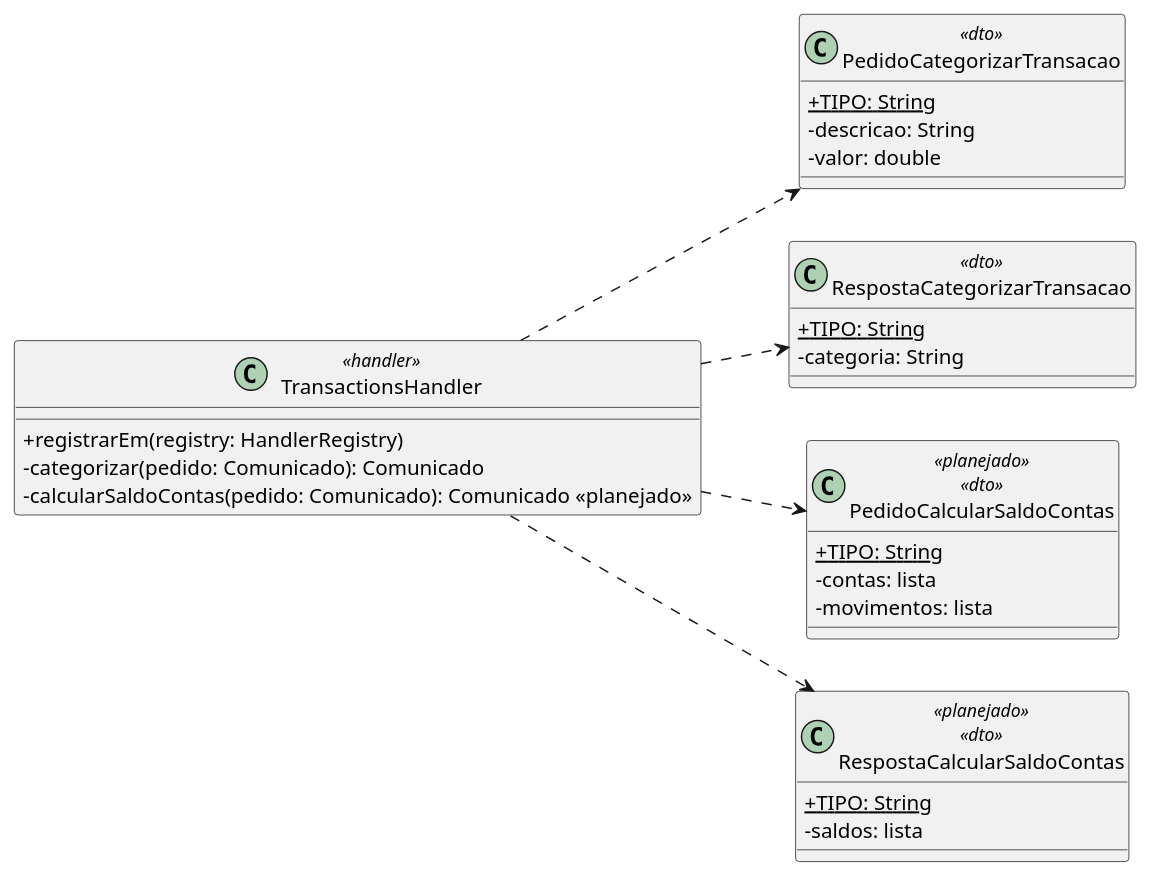
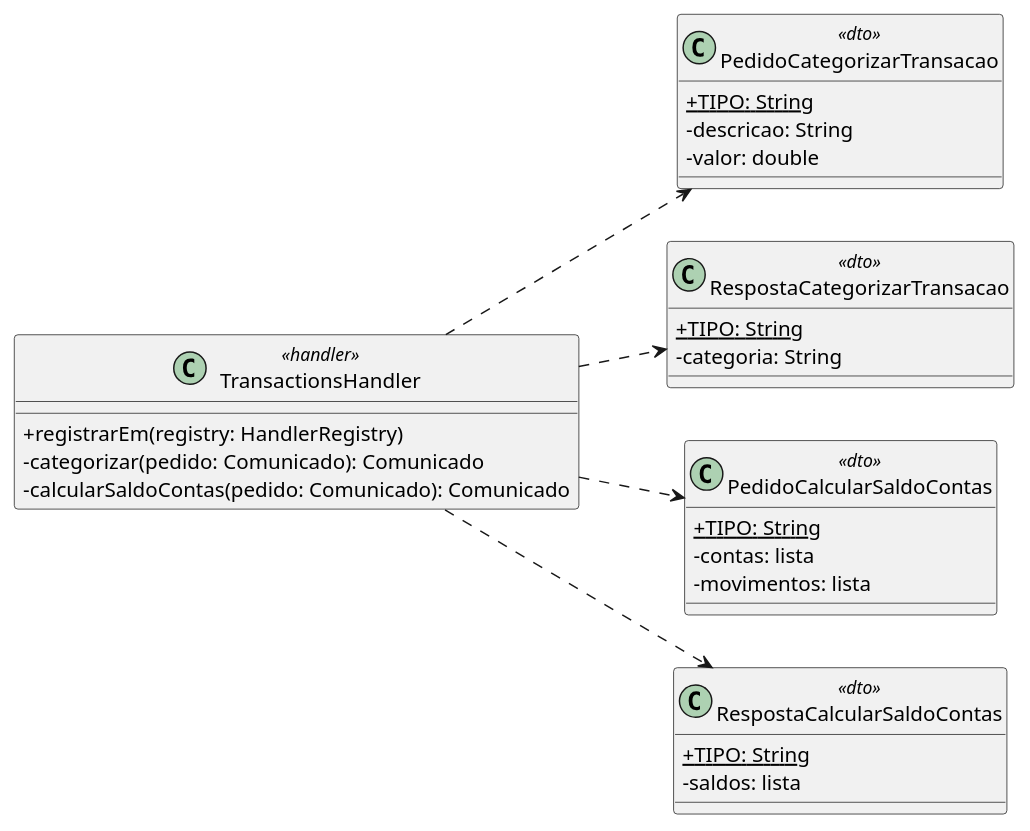
One commit to MiguelFMont/ES-PI4-2026-T1-G18 changed the eighth of 8 diagrams in docs/uml/02-estrutura-do-servidor.md. Above: the diagram before and after it, drawn with PlantUML. The commit also changed other lines of this file and 27 other files, not shown here.

Commit message:
docs: UML só do Servidor (remove diagramas de classes do Backend e do Frontend e as marcas de planejado)

````diff
--- a/docs/uml/02-estrutura-do-servidor.md
+++ b/docs/uml/02-estrutura-do-servidor.md
@@ -703,33 +692,33 @@
 ```plantuml
 @startuml
 left to right direction
 skinparam classAttributeIconSize 0
 class TransactionsHandler <<handler>> {
   + registrarEm(registry: HandlerRegistry)
   - categorizar(pedido: Comunicado): Comunicado
-  - calcularSaldoContas(pedido: Comunicado): Comunicado <<planejado>>
+  - calcularSaldoContas(pedido: Comunicado): Comunicado
 }
 class PedidoCategorizarTransacao <<dto>> {
   + {static} TIPO: String
   - descricao: String
   - valor: double
 }
 class RespostaCategorizarTransacao <<dto>> {
   + {static} TIPO: String
   - categoria: String
 }
-class PedidoCalcularSaldoContas <<planejado>> <<dto>> {
+class PedidoCalcularSaldoContas <<dto>> {
   + {static} TIPO: String
   - contas: lista
   - movimentos: lista
 }
-class RespostaCalcularSaldoContas <<planejado>> <<dto>> {
+class RespostaCalcularSaldoContas <<dto>> {
   + {static} TIPO: String
   - saldos: lista
 }
 TransactionsHandler ..> PedidoCategorizarTransacao
 TransactionsHandler ..> RespostaCategorizarTransacao
 TransactionsHandler ..> PedidoCalcularSaldoContas
 TransactionsHandler ..> RespostaCalcularSaldoContas
 @enduml
 ```
````
